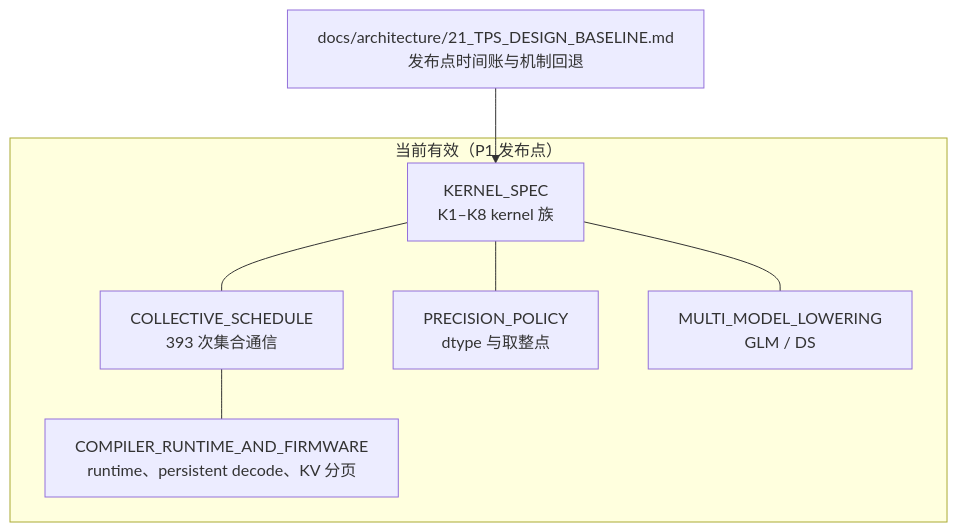
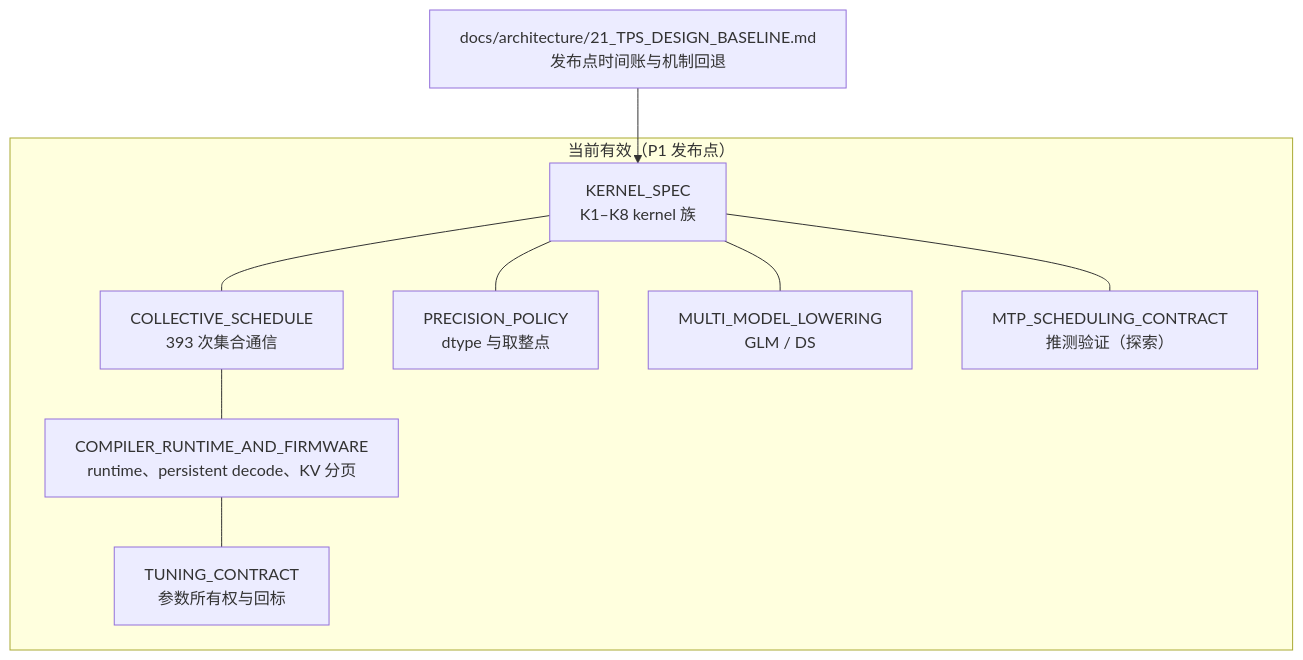
Before and after one commit to xqdan/xihu: the diagram in teams/software/README.md, drawn with Mermaid. The commit also changed other lines of this file and 21 other files, not shown here.

````diff
--- a/teams/software/README.md
+++ b/teams/software/README.md
@@ -20,15 +20,19 @@
 ```mermaid
 flowchart TB
   B21["docs/architecture/21_TPS_DESIGN_BASELINE.md<br/>发布点时间账与机制回退"] --> KS
   subgraph CUR["当前有效（P1 发布点）"]
     KS["KERNEL_SPEC<br/>K1–K8 kernel 族"]
     CS["COLLECTIVE_SCHEDULE<br/>393 次集合通信"]
     PP["PRECISION_POLICY<br/>dtype 与取整点"]
     ML["MULTI_MODEL_LOWERING<br/>GLM / DS"]
     CR["COMPILER_RUNTIME_AND_FIRMWARE<br/>runtime、persistent decode、KV 分页"]
+    TC["TUNING_CONTRACT<br/>参数所有权与回标"]
+    MC2["MTP_SCHEDULING_CONTRACT<br/>推测验证（探索）"]
   end
   KS --- CS
   KS --- PP
   KS --- ML
   CS --- CR
+  CR --- TC
+  KS --- MC2
 ```
````
